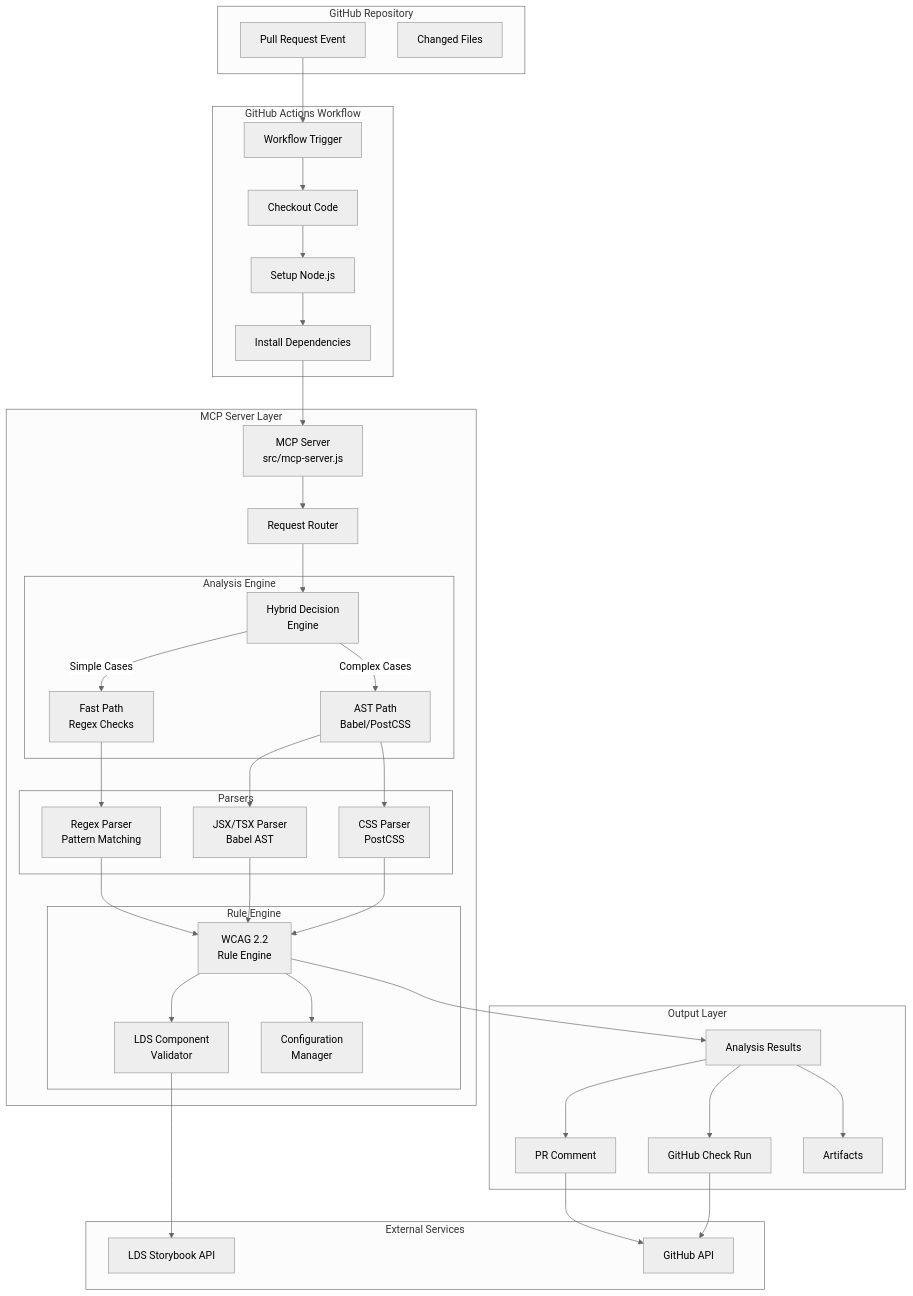
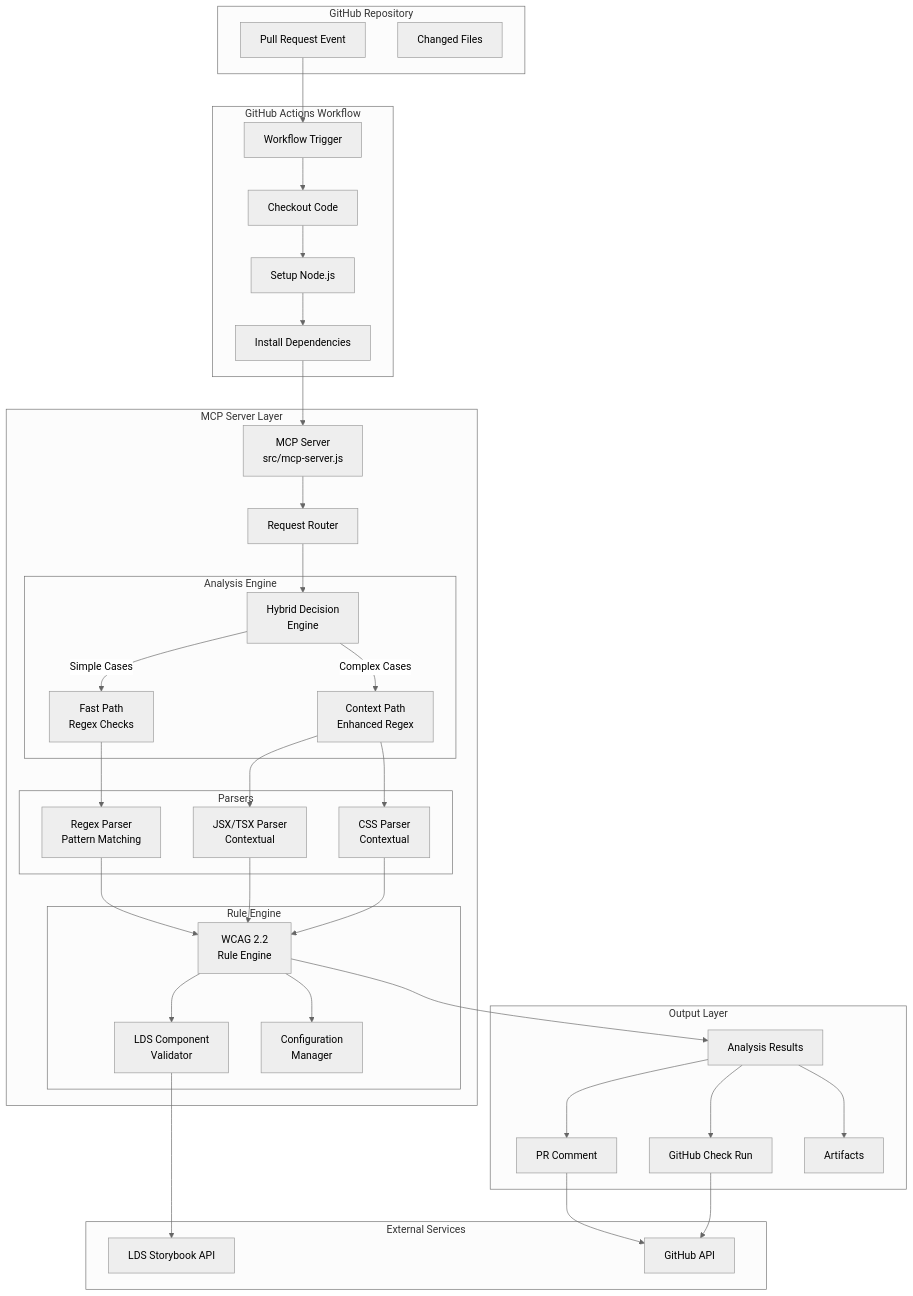
One commit to Berucha/a11y-mcp changed the first of 5 diagrams in docs/architecture/ARCHITECTURE.md. Above: the diagram before and after it, drawn with Mermaid (neutral theme). The commit also changed other lines of this file, not shown here.

Commit message:
docs: update architecture documentation to clarify analysis engine paths and components

````diff
--- a/docs/architecture/ARCHITECTURE.md
+++ b/docs/architecture/ARCHITECTURE.md
@@ -5,80 +5,80 @@
 ```mermaid
 graph TB
     subgraph "GitHub Repository"
         PR[Pull Request Event]
         Files[Changed Files]
     end
     
     subgraph "GitHub Actions Workflow"
         Trigger[Workflow Trigger]
         Checkout[Checkout Code]
         Setup[Setup Node.js]
         Install[Install Dependencies]
     end
     
     subgraph "MCP Server Layer"
         MCPServer[MCP Server<br/>src/mcp-server.js]
         Router[Request Router]
         
         subgraph "Analysis Engine"
             FastPath[Fast Path<br/>Regex Checks]
-            ASTPath[AST Path<br/>Babel/PostCSS]
+            ContextPath[Context Path<br/>Enhanced Regex]
             Hybrid[Hybrid Decision<br/>Engine]
         end
         
         subgraph "Rule Engine"
             WCAGEngine[WCAG 2.2<br/>Rule Engine]
             LDSValidator[LDS Component<br/>Validator]
             ConfigMgr[Configuration<br/>Manager]
         end
         
         subgraph "Parsers"
             RegexParser[Regex Parser<br/>Pattern Matching]
-            JSXParser[JSX/TSX Parser<br/>Babel AST]
-            CSSParser[CSS Parser<br/>PostCSS]
+            JSXParser[JSX/TSX Parser<br/>Contextual]
+            CSSParser[CSS Parser<br/>Contextual]
         end
     end
     
     subgraph "External Services"
         LDSStorybook[LDS Storybook API]
         GitHubAPI[GitHub API]
     end
     
     subgraph "Output Layer"
         Results[Analysis Results]
         PRComment[PR Comment]
         CheckRun[GitHub Check Run]
         Artifacts[Artifacts]
     end
     
     PR --> Trigger
     Trigger --> Checkout
     Checkout --> Setup
     Setup --> Install
     Install --> MCPServer
     
     MCPServer --> Router
     Router --> Hybrid
     Hybrid -->|Simple Cases| FastPath
-    Hybrid -->|Complex Cases| ASTPath
+    Hybrid -->|Complex Cases| ContextPath
     
     FastPath --> RegexParser
-    ASTPath --> JSXParser
-    ASTPath --> CSSParser
+    ContextPath --> JSXParser
+    ContextPath --> CSSParser
     
     RegexParser --> WCAGEngine
     JSXParser --> WCAGEngine
     CSSParser --> WCAGEngine
     
     WCAGEngine --> LDSValidator
     LDSValidator --> LDSStorybook
     WCAGEngine --> ConfigMgr
     
     WCAGEngine --> Results
     Results --> PRComment
     Results --> CheckRun
     Results --> Artifacts
     
     PRComment --> GitHubAPI
     CheckRun --> GitHubAPI
 ```
````
